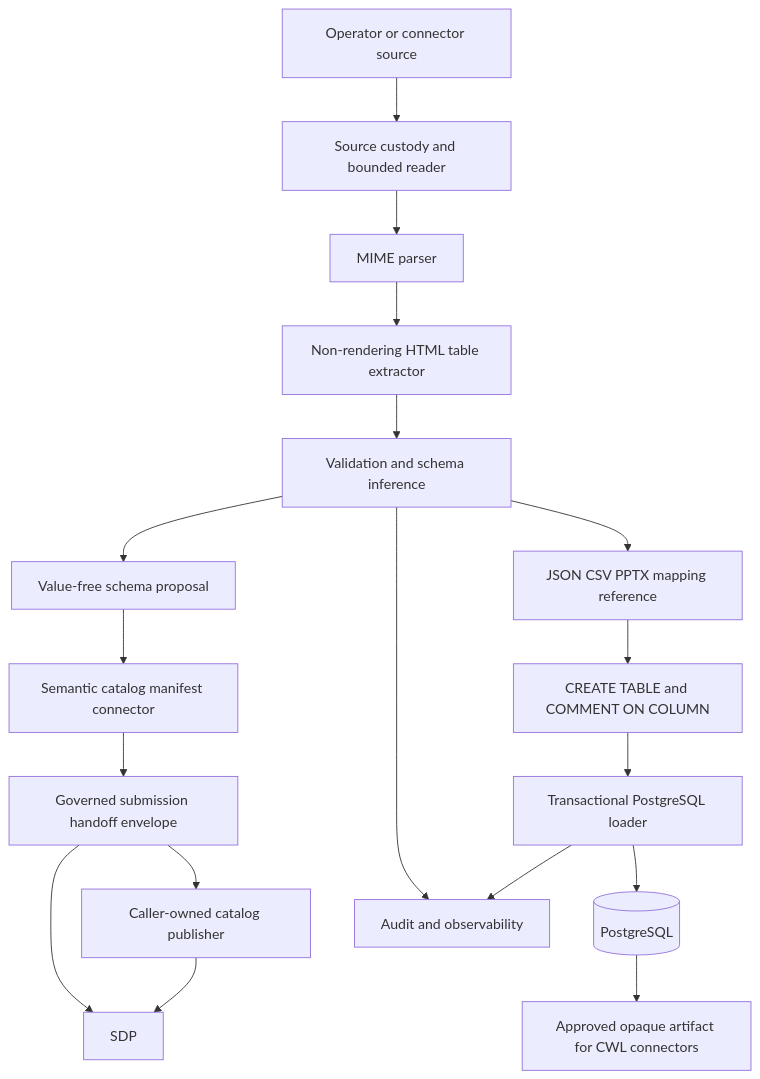
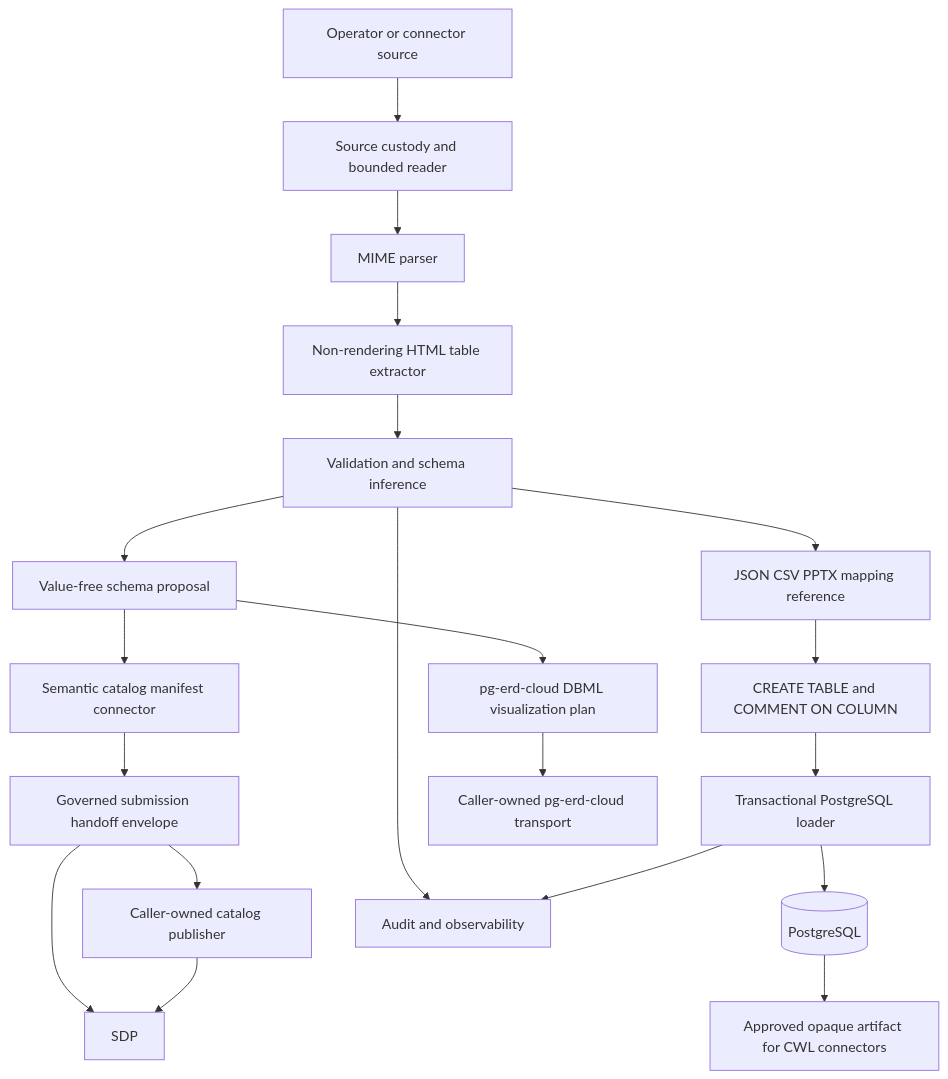
The first of 3 diagrams in docs/ARCHITECTURE.md (ContextualWisdomLab/mhtml-etl-gateway), drawn with Mermaid before and after one commit. The commit also changed other lines of this file and 21 other files, not shown here.

Commit message:
feat: add pg-erd-cloud schema visualization handoff

````diff
--- a/docs/ARCHITECTURE.md
+++ b/docs/ARCHITECTURE.md
@@ -9,20 +9,22 @@
 ```mermaid
 flowchart TB
     A["Operator or connector source"] --> C["Source custody and bounded reader"]
     C --> M["MIME parser"]
     M --> H["Non-rendering HTML table extractor"]
     H --> V["Validation and schema inference"]
     V --> R["JSON CSV PPTX mapping reference"]
     R --> D["CREATE TABLE and COMMENT ON COLUMN"]
     V --> SP["Value-free schema proposal"]
     SP --> SC["Semantic catalog manifest connector"]
     SC --> SH["Governed submission handoff envelope"]
     SH --> CP["Caller-owned catalog publisher"]
+    SP --> ERD["pg-erd-cloud DBML visualization plan"]
     D --> L["Transactional PostgreSQL loader"]
     L --> P[("PostgreSQL")]
     V --> O["Audit and observability"]
     L --> O
     SH --> SDP
     CP --> SDP
+    ERD --> PG_ERD["Caller-owned pg-erd-cloud transport"]
     P --> N["Approved opaque artifact for CWL connectors"]
 ```
````
